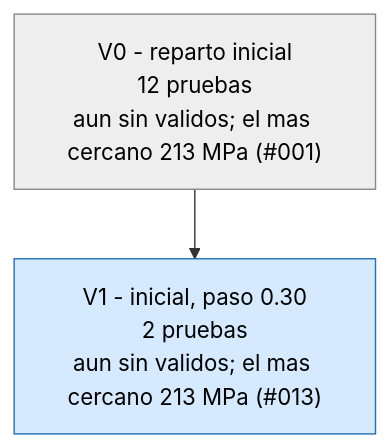
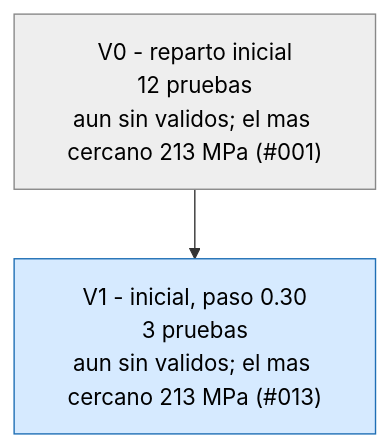
One commit to Hugiko/msd-soporte-optimizacion changed the first of 3 diagrams in runs/opt_37800N/ARBOL.md. Above: the diagram before and after it, drawn with Mermaid. The commit also changed 19 other files, not shown here.

````diff
--- a/runs/opt_37800N/ARBOL.md
+++ b/runs/opt_37800N/ARBOL.md
@@ -9,9 +9,9 @@
 ```mermaid
 graph TD
 classDef activa fill:#d6eaff,stroke:#1f6fb5,color:#000
 classDef fin fill:#eeeeee,stroke:#888,color:#000
 classDef mejor fill:#c8f0c0,stroke:#1a9850,stroke-width:4px,color:#000
 V0["V0 - reparto inicial<br/>12 pruebas<br/>aun sin validos; el mas cercano 213 MPa (#001)"]:::fin
-V1["V1 - inicial, paso 0.30<br/>2 pruebas<br/>aun sin validos; el mas cercano 213 MPa (#013)"]:::activa
+V1["V1 - inicial, paso 0.30<br/>3 pruebas<br/>aun sin validos; el mas cercano 213 MPa (#013)"]:::activa
 V0 --> V1
 ```
````
